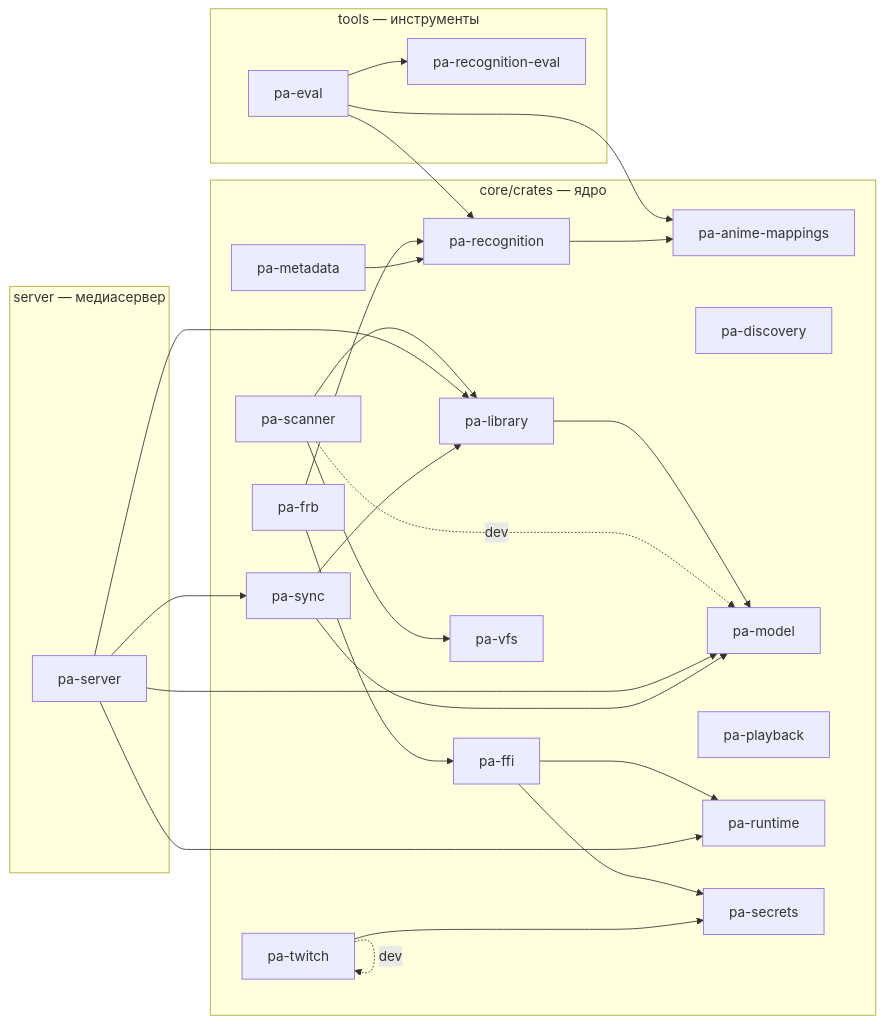
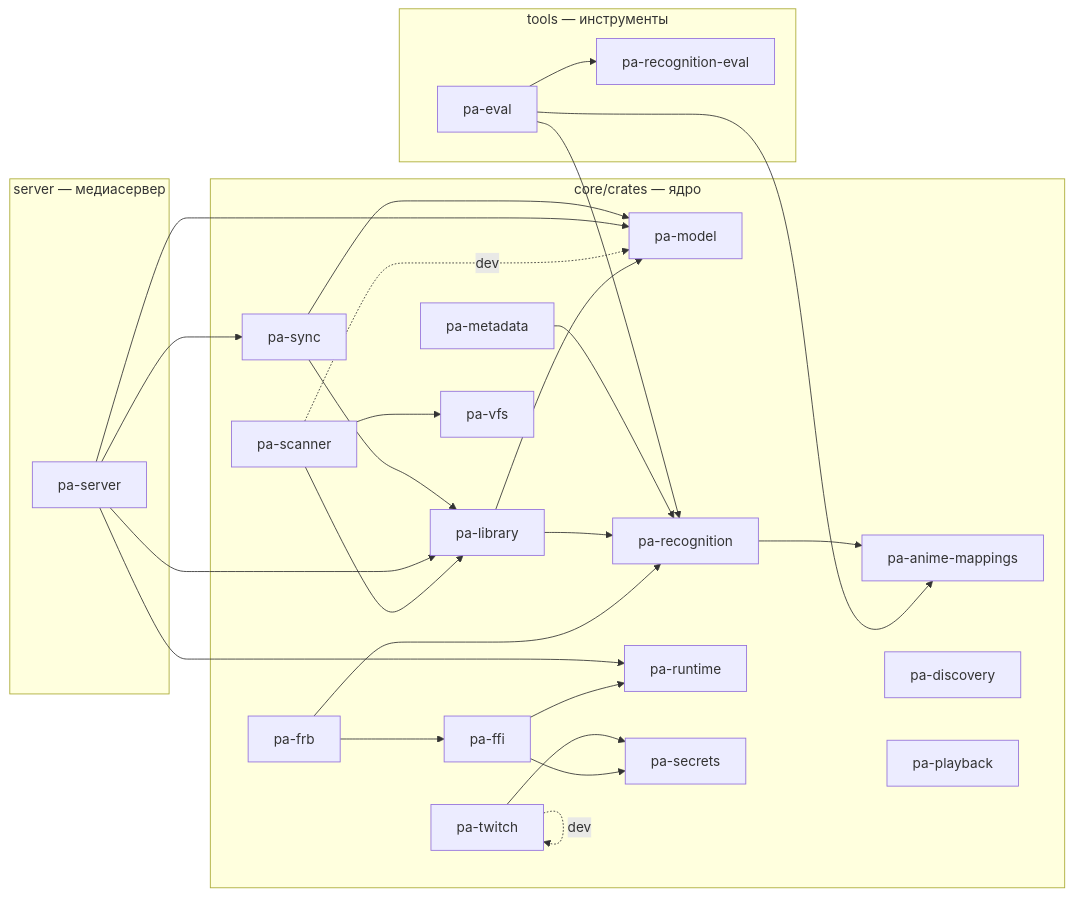
The diagram in docs/dev/crate-graph.md (DenisHumen/project_alpha), drawn with Mermaid before and after one commit. The commit also changed other lines of this file and 3 other files, not shown here.

Commit message:
style(lib): rustfmt, Cargo.lock and crate graph [LIB-008]

````diff
--- a/docs/dev/crate-graph.md
+++ b/docs/dev/crate-graph.md
@@ -12,48 +12,49 @@
 ```mermaid
 flowchart LR
   subgraph g0["core/crates — ядро"]
     pa_anime_mappings["pa-anime-mappings"]
     pa_discovery["pa-discovery"]
     pa_ffi["pa-ffi"]
     pa_frb["pa-frb"]
     pa_library["pa-library"]
     pa_metadata["pa-metadata"]
     pa_model["pa-model"]
     pa_playback["pa-playback"]
     pa_recognition["pa-recognition"]
     pa_runtime["pa-runtime"]
     pa_scanner["pa-scanner"]
     pa_secrets["pa-secrets"]
     pa_sync["pa-sync"]
     pa_twitch["pa-twitch"]
     pa_vfs["pa-vfs"]
   end
   subgraph g1["server — медиасервер"]
     pa_server["pa-server"]
   end
   subgraph g2["tools — инструменты"]
     pa_eval["pa-eval"]
     pa_recognition_eval["pa-recognition-eval"]
   end
   pa_eval --> pa_anime_mappings
   pa_eval --> pa_recognition
   pa_eval --> pa_recognition_eval
   pa_ffi --> pa_runtime
   pa_ffi --> pa_secrets
   pa_frb --> pa_ffi
   pa_frb --> pa_recognition
   pa_library --> pa_model
+  pa_library --> pa_recognition
   pa_metadata --> pa_recognition
   pa_recognition --> pa_anime_mappings
   pa_scanner --> pa_library
   pa_scanner -. dev .-> pa_model
   pa_scanner --> pa_vfs
   pa_server --> pa_library
   pa_server --> pa_model
   pa_server --> pa_runtime
   pa_server --> pa_sync
   pa_sync --> pa_library
   pa_sync --> pa_model
   pa_twitch --> pa_secrets
   pa_twitch -. dev .-> pa_twitch
 ```
````
